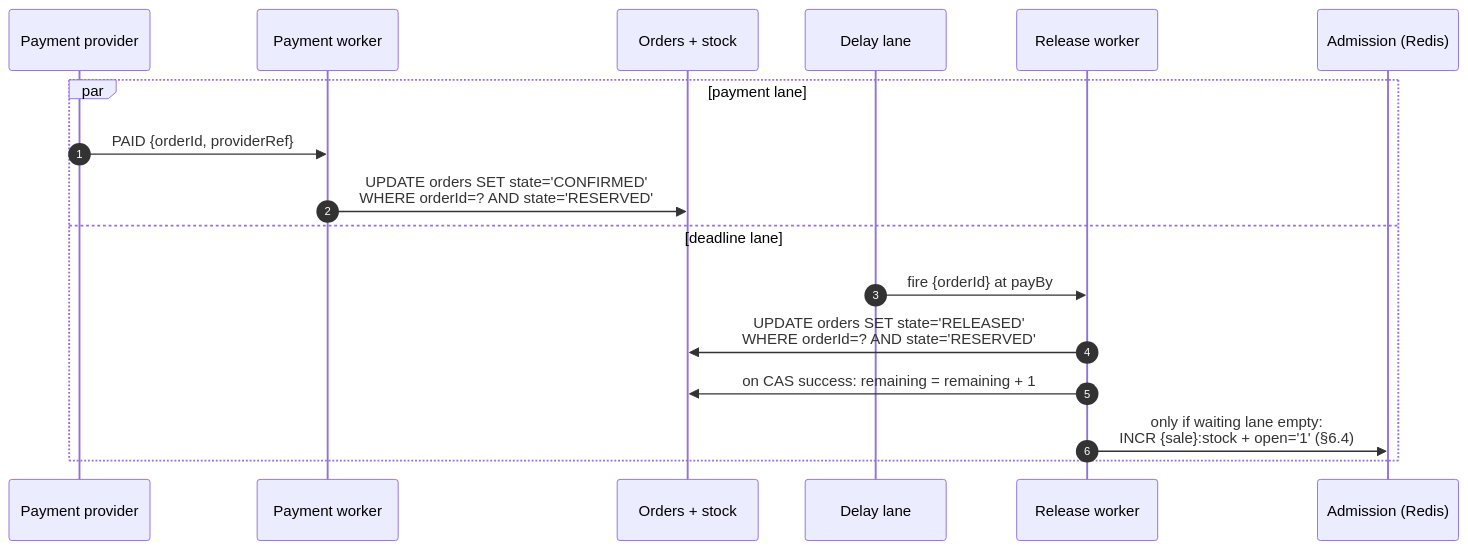
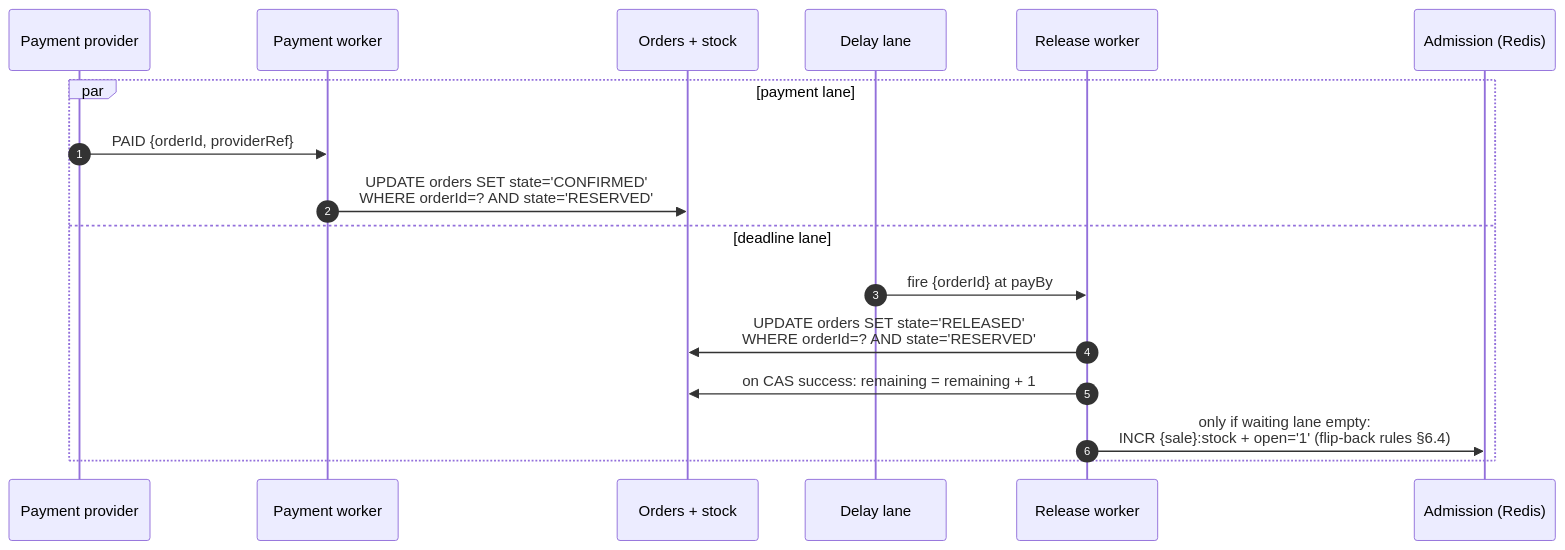
The fourth of 7 diagrams in flash-sale-inventory/docs/hld.md (quannh0308/SystemDesignDeepDives), drawn with Mermaid before and after one commit. The commit also changed other lines of this file, not shown here.

Commit message:
flash-sale-inventory: name every cross-reference inline — no bare §N / FR-N / dive-N pointers (133 sites)

````diff
--- a/flash-sale-inventory/docs/hld.md
+++ b/flash-sale-inventory/docs/hld.md
@@ -411,19 +432,19 @@
 ```mermaid
 sequenceDiagram
     autonumber
     participant PP as Payment provider
     participant PW as Payment worker
     participant DB as Orders + stock
     participant DL as Delay lane
     participant RW as Release worker
     participant AD as Admission (Redis)
     par payment lane
         PP->>PW: PAID {orderId, providerRef}
         PW->>DB: UPDATE orders SET state='CONFIRMED'<br/>WHERE orderId=? AND state='RESERVED'
     and deadline lane
         DL->>RW: fire {orderId} at payBy
         RW->>DB: UPDATE orders SET state='RELEASED'<br/>WHERE orderId=? AND state='RESERVED'
         RW->>DB: on CAS success: remaining = remaining + 1
-        RW->>AD: only if waiting lane empty:<br/>INCR {sale}:stock + open='1' (§6.4)
+        RW->>AD: only if waiting lane empty:<br/>INCR {sale}:stock + open='1' (flip-back rules §6.4)
     end
 ```
````
